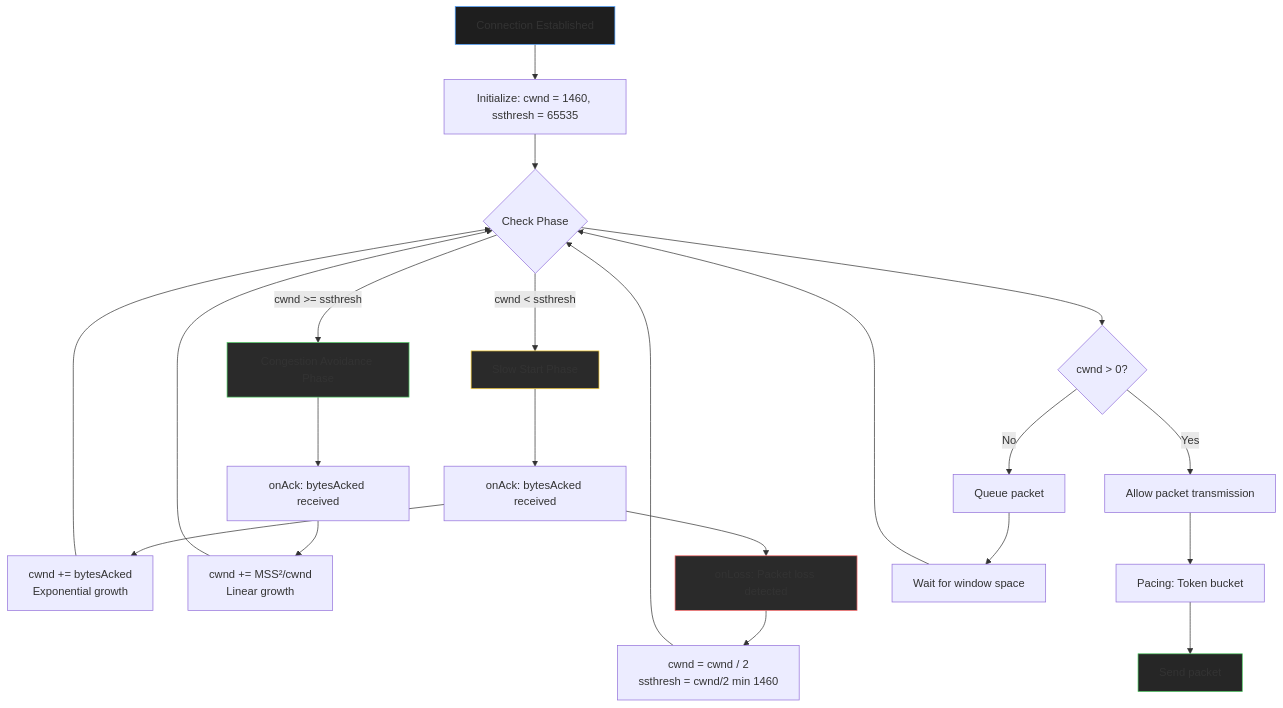
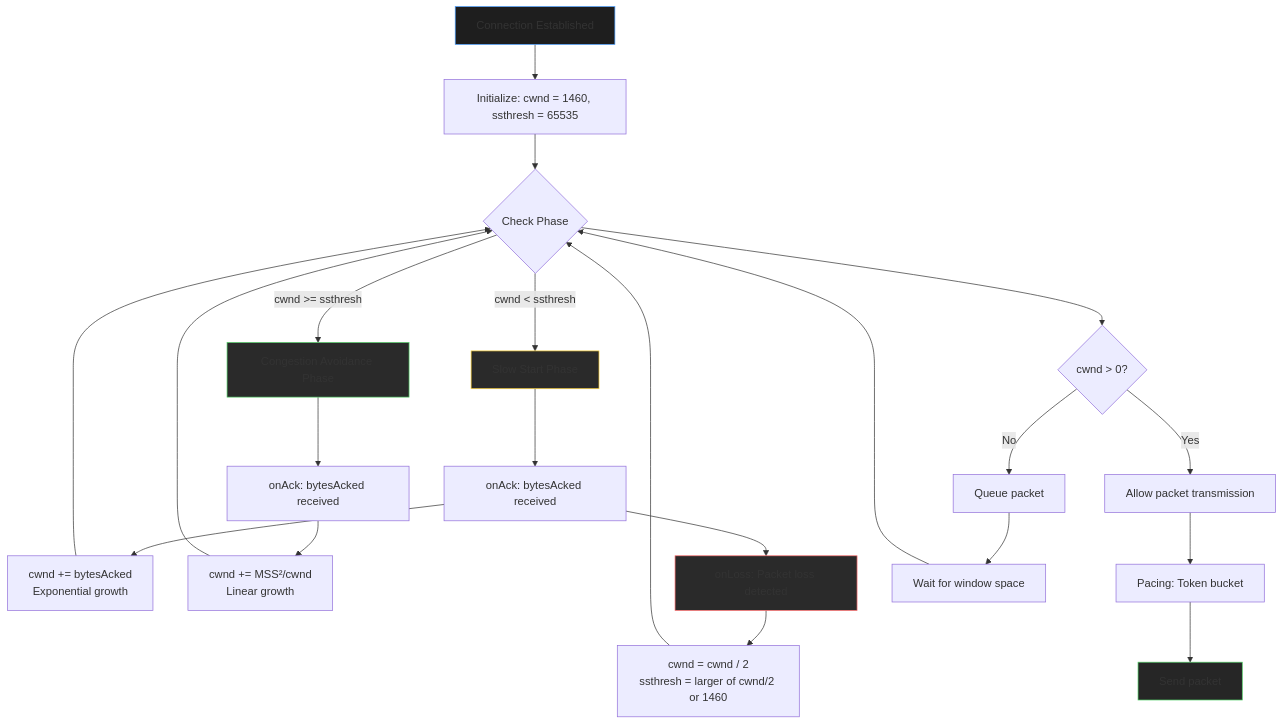
One commit to Mikedan37/BlazeTransport changed the tenth of 11 diagrams in README.md. Above: the diagram before and after it, drawn with Mermaid.

Commit message:
Correct congestion control diagram label
Fix the ssthresh calculation description to accurately reflect
max(cwnd/2, 1460) behavior.

````diff
--- a/README.md
+++ b/README.md
@@ -526,35 +526,35 @@
 ```mermaid
 flowchart TD
     Start[Connection Established] --> Init[Initialize: cwnd = 1460, ssthresh = 65535]
     Init --> Check{Check Phase}
     
     Check -->|cwnd < ssthresh| SlowStart[Slow Start Phase]
     Check -->|cwnd >= ssthresh| CongAvoid[Congestion Avoidance Phase]
     
     SlowStart --> OnAck[onAck: bytesAcked received]
     OnAck --> GrowExp[cwnd += bytesAcked<br/>Exponential growth]
     GrowExp --> Check
     
     CongAvoid --> OnAck2[onAck: bytesAcked received]
     OnAck2 --> GrowLin[cwnd += MSS²/cwnd<br/>Linear growth]
     GrowLin --> Check
     
     OnAck --> OnLoss[onLoss: Packet loss detected]
-    OnLoss --> Reduce[cwnd = cwnd / 2<br/>ssthresh = cwnd/2 min 1460]
+    OnLoss --> Reduce[cwnd = cwnd / 2<br/>ssthresh = larger of cwnd/2 or 1460]
     Reduce --> Check
     
     Check --> WindowCheck{cwnd > 0?}
     WindowCheck -->|Yes| Allow[Allow packet transmission]
     WindowCheck -->|No| Queue[Queue packet]
     
     Allow --> Pacing[Pacing: Token bucket]
     Pacing --> Send[Send packet]
     Queue --> Wait[Wait for window space]
     Wait --> Check
     
     style Start fill:#1e1e1e,stroke:#4a9eff
     style SlowStart fill:#2a2a2a,stroke:#ffd43b
     style CongAvoid fill:#2a2a2a,stroke:#51cf66
     style OnLoss fill:#2a2a2a,stroke:#ff6b6b
     style Send fill:#262626,stroke:#51cf66
 ```
````
